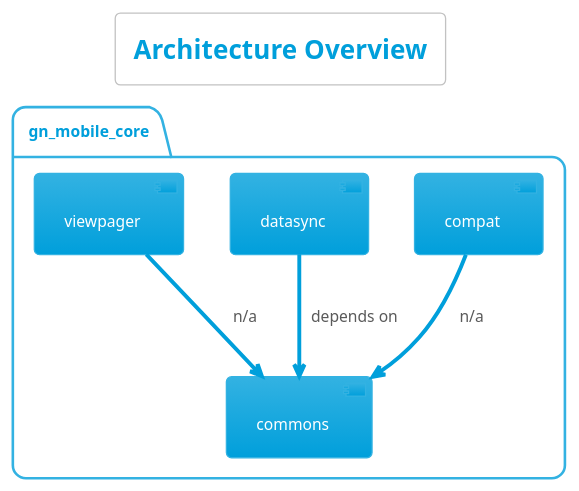
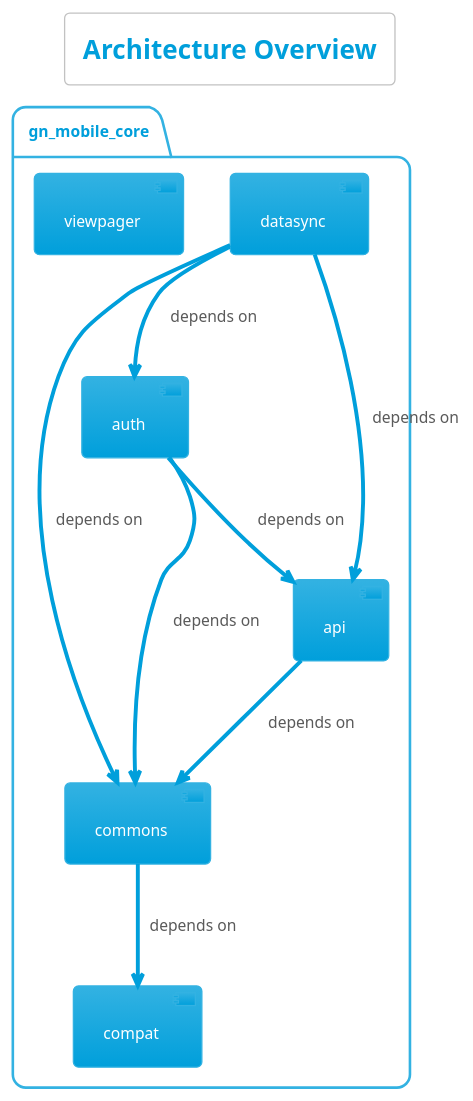
One commit to PnX-SI/gn_mobile_core changed the diagram in docs/uml/arch.puml. Above: the diagram before and after it, drawn with PlantUML. The commit also changed 96 other files, not shown here.

```diff
--- a/docs/uml/arch.puml
+++ b/docs/uml/arch.puml
@@ -1,16 +1,21 @@
 @startuml
 
 !theme bluegray
 
 skinparam componentStyle uml2
 skinparam backgroundColor transparent
 
 title **Architecture Overview**
 
 package "gn_mobile_core" {
-  [compat] --> [commons] : n/a
+  [commons] --> [compat] : depends on
+  [api] --> [commons] : depends on
+  [auth] --> [api] : depends on
+  [auth] --> [commons] : depends on
+  [datasync] --> [api] : depends on
+  [datasync] --> [auth] : depends on
   [datasync] --> [commons] : depends on
-  [viewpager] --> [commons] : n/a
+  [viewpager]
 }
 
 @enduml
```
